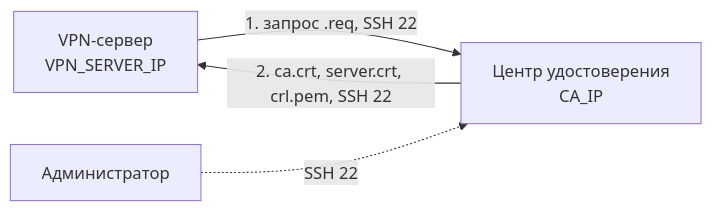
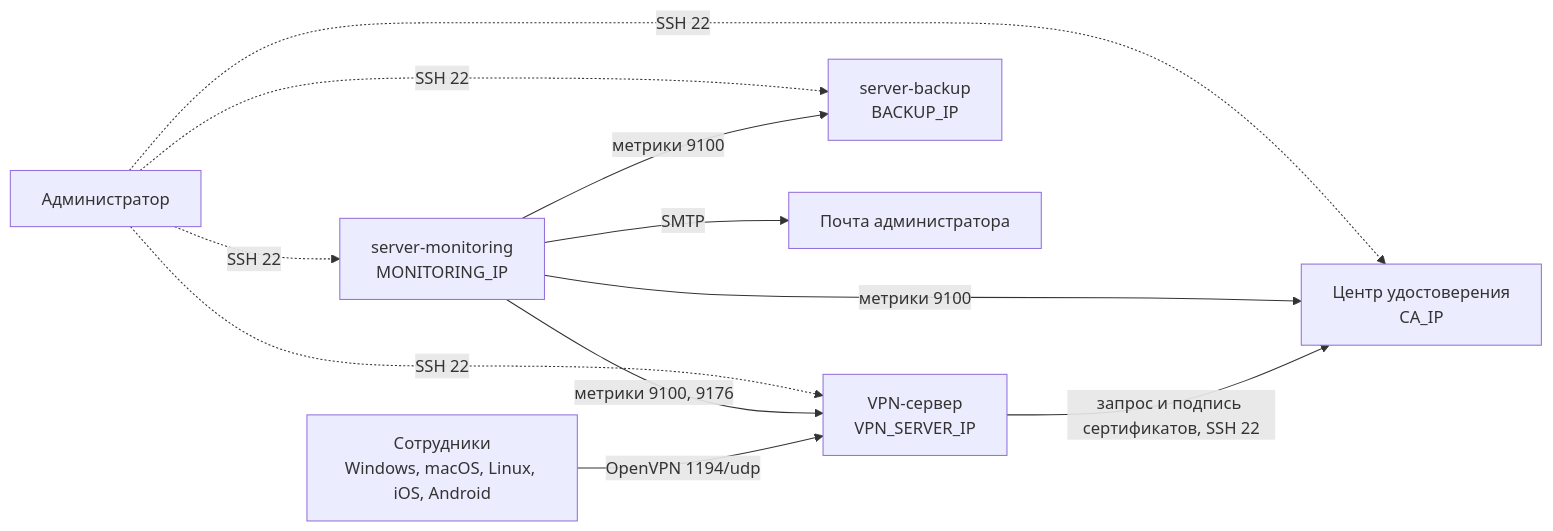
One commit to Nevemell/server-01 changed the diagram in README.md. Above: the diagram before and after it, drawn with Mermaid. The commit also changed other lines of this file, not shown here.

````diff
--- a/README.md
+++ b/README.md
@@ -32,6 +42,13 @@
 ```mermaid
 flowchart LR
-  VPN["VPN-сервер<br/>VPN_SERVER_IP"] -- "1. запрос .req, SSH 22" --> CA["Центр удостоверения<br/>CA_IP"]
-  CA -- "2. ca.crt, server.crt, crl.pem, SSH 22" --> VPN
-  ADM["Администратор"] -. "SSH 22" .-> CA
+  U["Сотрудники<br/>Windows, macOS, Linux, iOS, Android"] -- "OpenVPN 1194/udp" --> VPN["VPN-сервер<br/>VPN_SERVER_IP"]
+  VPN -- "запрос и подпись сертификатов, SSH 22" --> CA["Центр удостоверения<br/>CA_IP"]
+  MON["server-monitoring<br/>MONITORING_IP"] -- "метрики 9100, 9176" --> VPN
+  MON -- "метрики 9100" --> CA
+  MON -- "метрики 9100" --> BK["server-backup<br/>BACKUP_IP"]
+  MON -- "SMTP" --> MAIL["Почта администратора"]
+  ADM["Администратор"] -. "SSH 22" .-> VPN
+  ADM -. "SSH 22" .-> CA
+  ADM -. "SSH 22" .-> MON
+  ADM -. "SSH 22" .-> BK
 ```
````
